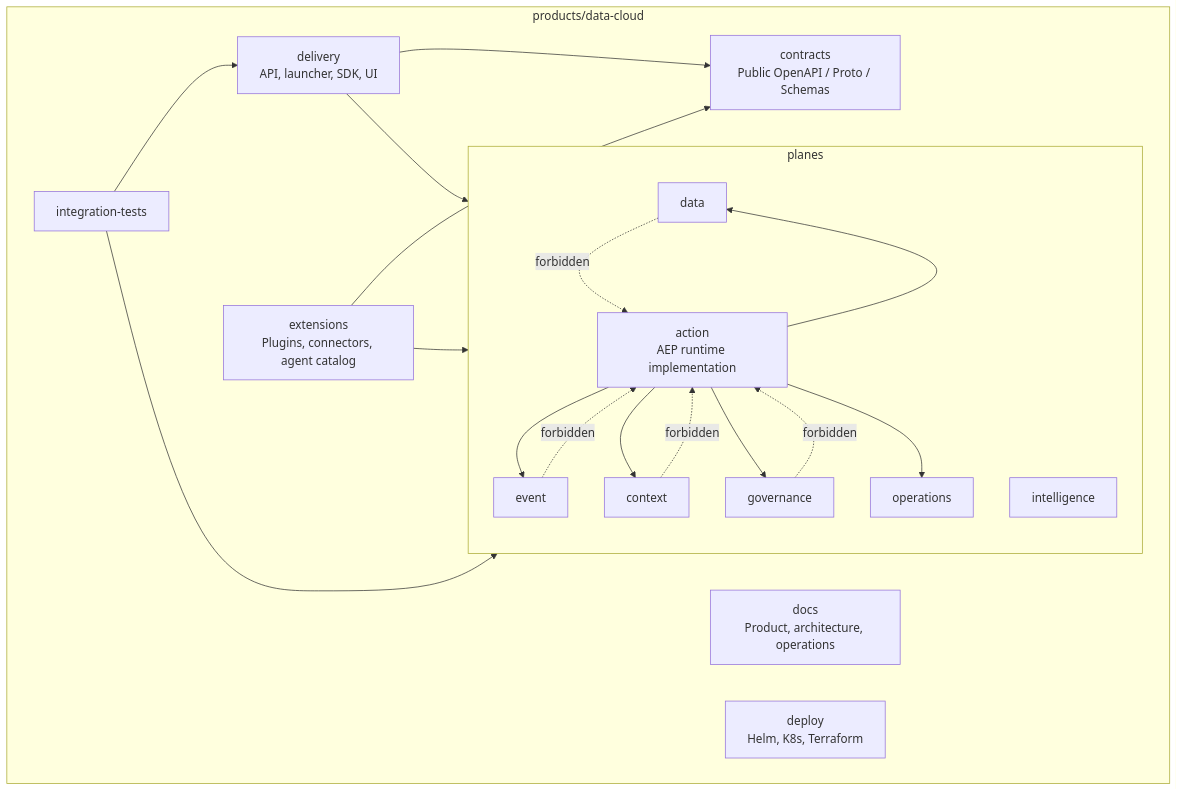
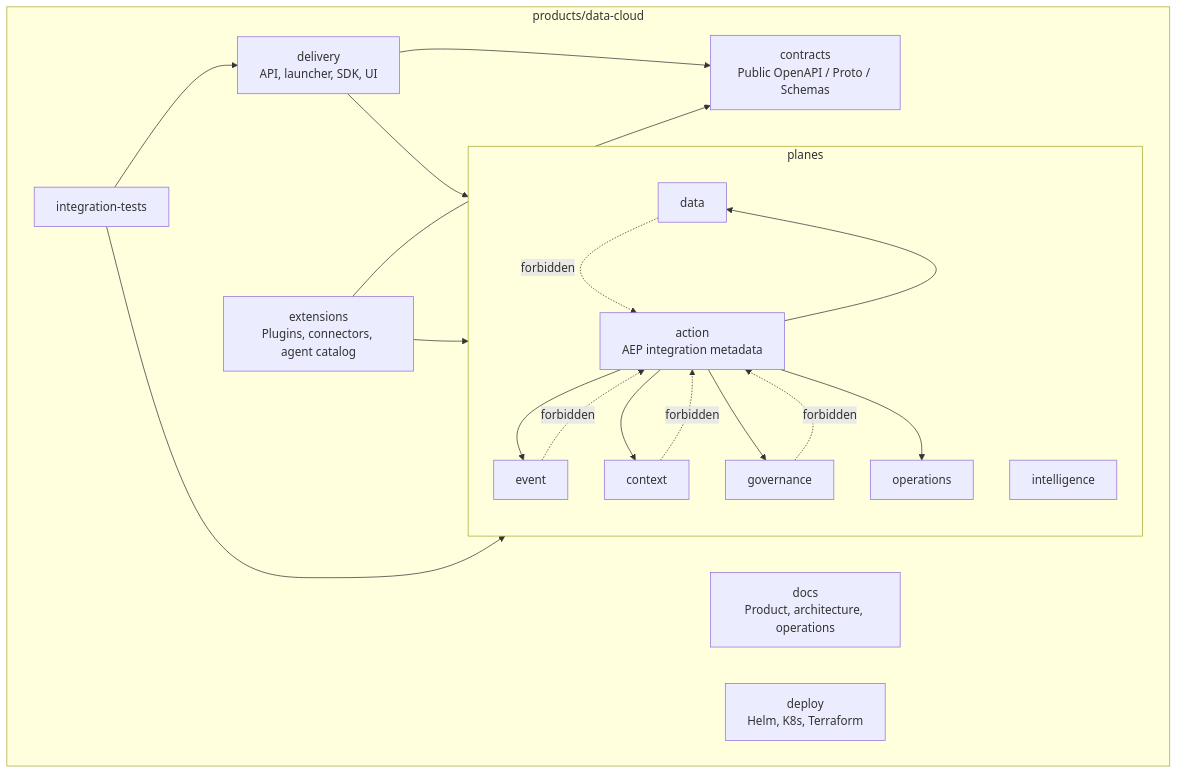
One commit to samujjwal/ghatana changed the first of 14 diagrams in products/data-cloud/docs/product/02_data_cloud_unified_detailed_architecture.md. Above: the diagram before and after it, drawn with Mermaid. The commit also changed other lines of this file and 192 other files, not shown here.

````diff
--- a/products/data-cloud/docs/product/02_data_cloud_unified_detailed_architecture.md
+++ b/products/data-cloud/docs/product/02_data_cloud_unified_detailed_architecture.md
@@ -32,39 +32,39 @@
 ```mermaid
 flowchart TB
     subgraph Root["products/data-cloud"]
         Docs["docs<br/>Product, architecture, operations"]
         Contracts["contracts<br/>Public OpenAPI / Proto / Schemas"]
         Delivery["delivery<br/>API, launcher, SDK, UI"]
         Extensions["extensions<br/>Plugins, connectors, agent catalog"]
         Deploy["deploy<br/>Helm, K8s, Terraform"]
         IntegrationTests["integration-tests"]
 
         subgraph Planes["planes"]
             Data["data"]
             Event["event"]
             Context["context"]
             Intelligence["intelligence"]
             Governance["governance"]
-            Action["action<br/>AEP runtime implementation"]
+            Action["action<br/>AEP integration metadata"]
             Operations["operations"]
         end
     end
 
     Delivery --> Contracts
     Delivery --> Planes
     Extensions --> Contracts
     Extensions --> Planes
     IntegrationTests --> Delivery
     IntegrationTests --> Planes
 
     Action --> Data
     Action --> Event
     Action --> Context
     Action --> Governance
     Action --> Operations
 
     Data -. forbidden .-> Action
     Event -. forbidden .-> Action
     Context -. forbidden .-> Action
     Governance -. forbidden .-> Action
 ```
````
